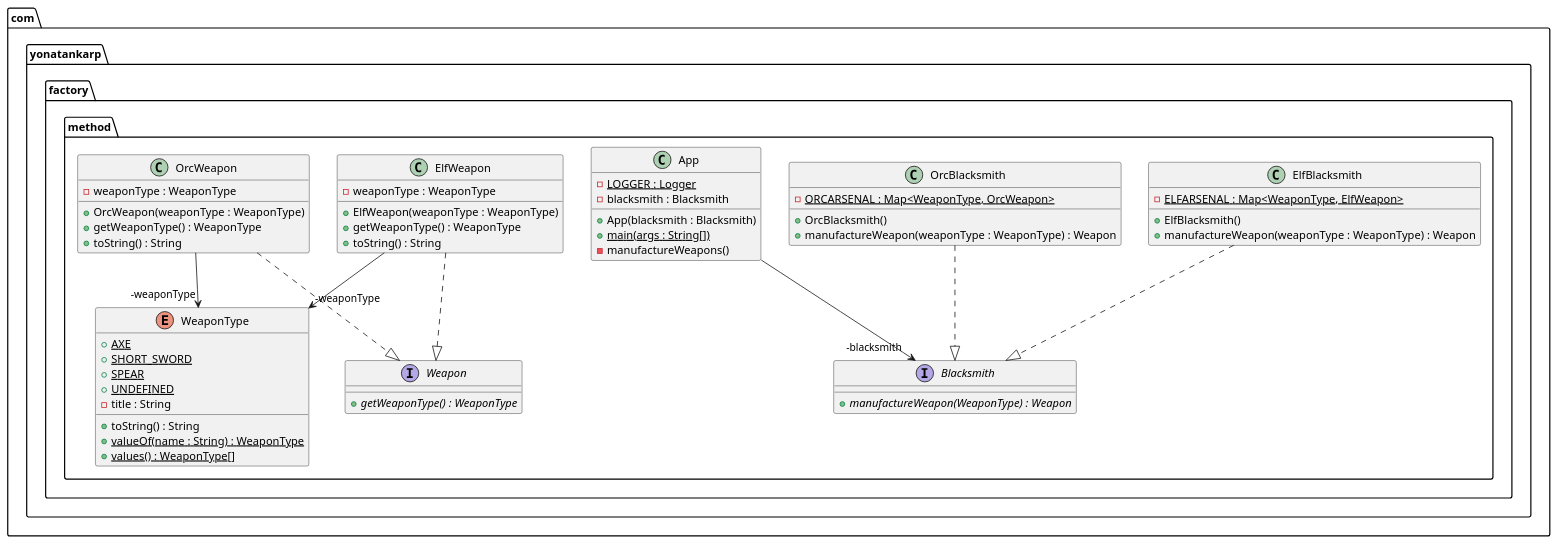
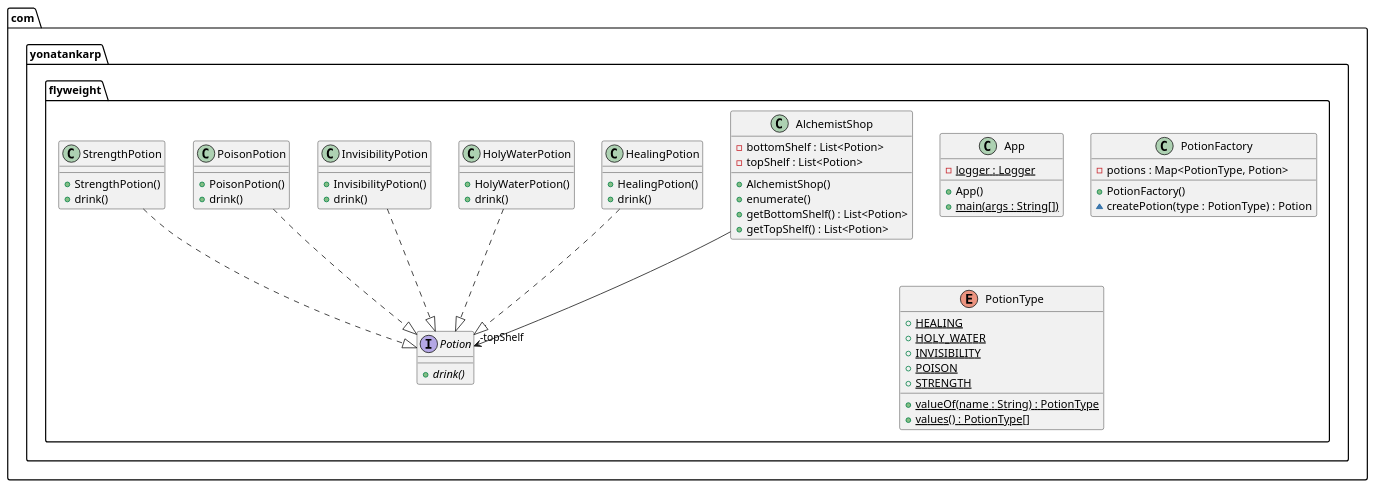
The diagram in flyweight/etc/flyweight.puml (yonatankarp/kotlin-design-patterns), drawn with PlantUML before and after one commit. The commit also changed 14 other files, not shown here.

```diff
--- a/flyweight/etc/flyweight.puml
+++ b/flyweight/etc/flyweight.puml
@@ -1,56 +1,60 @@
 @startuml
-package com.yonatankarp.factory.method {
+package com.yonatankarp.flyweight {
+  class AlchemistShop {
+    - bottomShelf : List<Potion>
+    - topShelf : List<Potion>
+    + AlchemistShop()
+    + enumerate()
+    + getBottomShelf() : List<Potion>
+    + getTopShelf() : List<Potion>
+  }
   class App {
-    - LOGGER : Logger {static}
-    - blacksmith : Blacksmith
-    + App(blacksmith : Blacksmith)
+    - logger : Logger {static}
+    + App()
     + main(args : String[]) {static}
-    - manufactureWeapons()
   }
-  interface Blacksmith {
-    + manufactureWeapon(WeaponType) : Weapon {abstract}
+  class HealingPotion {
+    + HealingPotion()
+    + drink()
   }
-  class ElfBlacksmith {
-    - ELFARSENAL : Map<WeaponType, ElfWeapon> {static}
-    + ElfBlacksmith()
-    + manufactureWeapon(weaponType : WeaponType) : Weapon
+  class HolyWaterPotion {
+    + HolyWaterPotion()
+    + drink()
   }
-  class ElfWeapon {
-    - weaponType : WeaponType
-    + ElfWeapon(weaponType : WeaponType)
-    + getWeaponType() : WeaponType
-    + toString() : String
+  class InvisibilityPotion {
+    + InvisibilityPotion()
+    + drink()
   }
-  class OrcBlacksmith {
-    - ORCARSENAL : Map<WeaponType, OrcWeapon> {static}
-    + OrcBlacksmith()
-    + manufactureWeapon(weaponType : WeaponType) : Weapon
+  class PoisonPotion {
+    + PoisonPotion()
+    + drink()
   }
-  class OrcWeapon {
-    - weaponType : WeaponType
-    + OrcWeapon(weaponType : WeaponType)
-    + getWeaponType() : WeaponType
-    + toString() : String
+  interface Potion {
+    + drink() {abstract}
   }
-  interface Weapon {
-    + getWeaponType() : WeaponType {abstract}
+  class PotionFactory {
+    - potions : Map<PotionType, Potion>
+    + PotionFactory()
+    ~ createPotion(type : PotionType) : Potion
   }
-  enum WeaponType {
-    + AXE {static}
-    + SHORT_SWORD {static}
-    + SPEAR {static}
-    + UNDEFINED {static}
-    - title : String
-    + toString() : String
-    + valueOf(name : String) : WeaponType {static}
-    + values() : WeaponType[] {static}
+  enum PotionType {
+    + HEALING {static}
+    + HOLY_WATER {static}
+    + INVISIBILITY {static}
+    + POISON {static}
+    + STRENGTH {static}
+    + valueOf(name : String) : PotionType {static}
+    + values() : PotionType[] {static}
+  }
+  class StrengthPotion {
+    + StrengthPotion()
+    + drink()
   }
 }
-ElfWeapon -->  "-weaponType" WeaponType
-OrcWeapon -->  "-weaponType" WeaponType
-App -->  "-blacksmith" Blacksmith
-ElfBlacksmith ..|> Blacksmith
-ElfWeapon ..|> Weapon
-OrcBlacksmith ..|> Blacksmith
-OrcWeapon ..|> Weapon
+AlchemistShop -->  "-topShelf" Potion
+HealingPotion ..|> Potion
+HolyWaterPotion ..|> Potion
+InvisibilityPotion ..|> Potion
+PoisonPotion ..|> Potion
+StrengthPotion ..|> Potion
 @enduml
```
